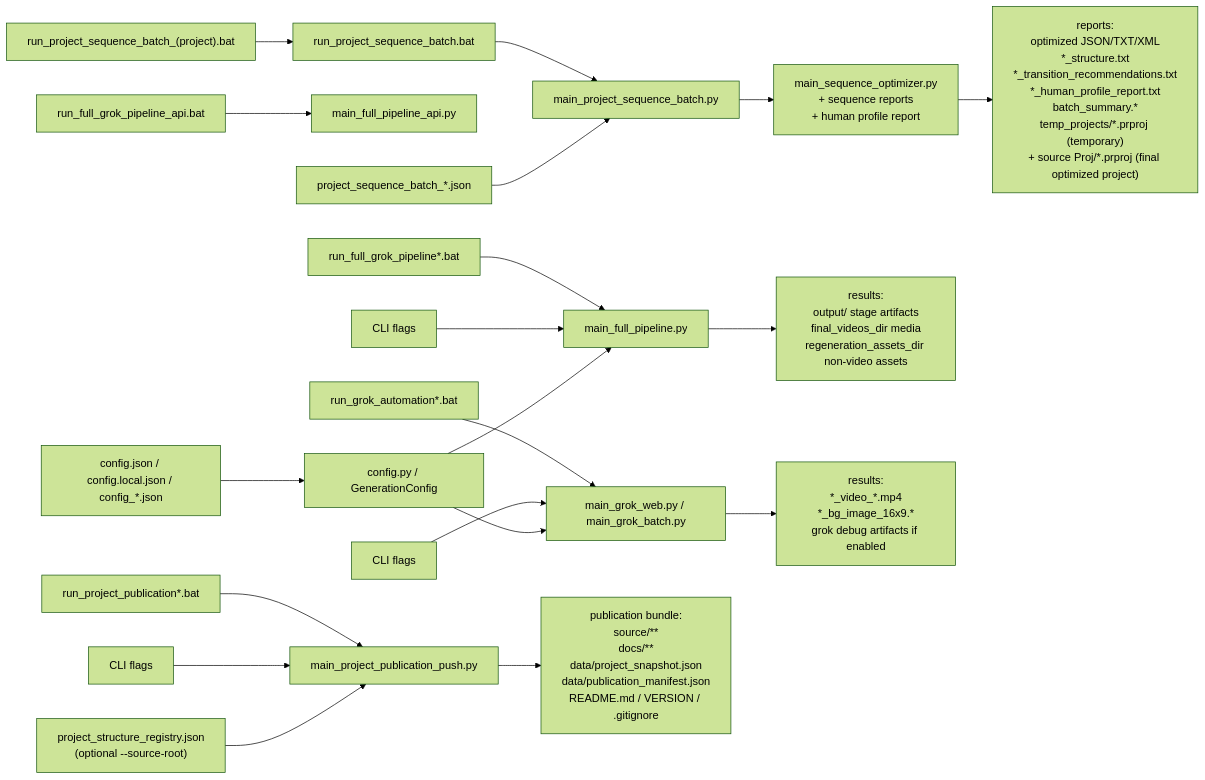
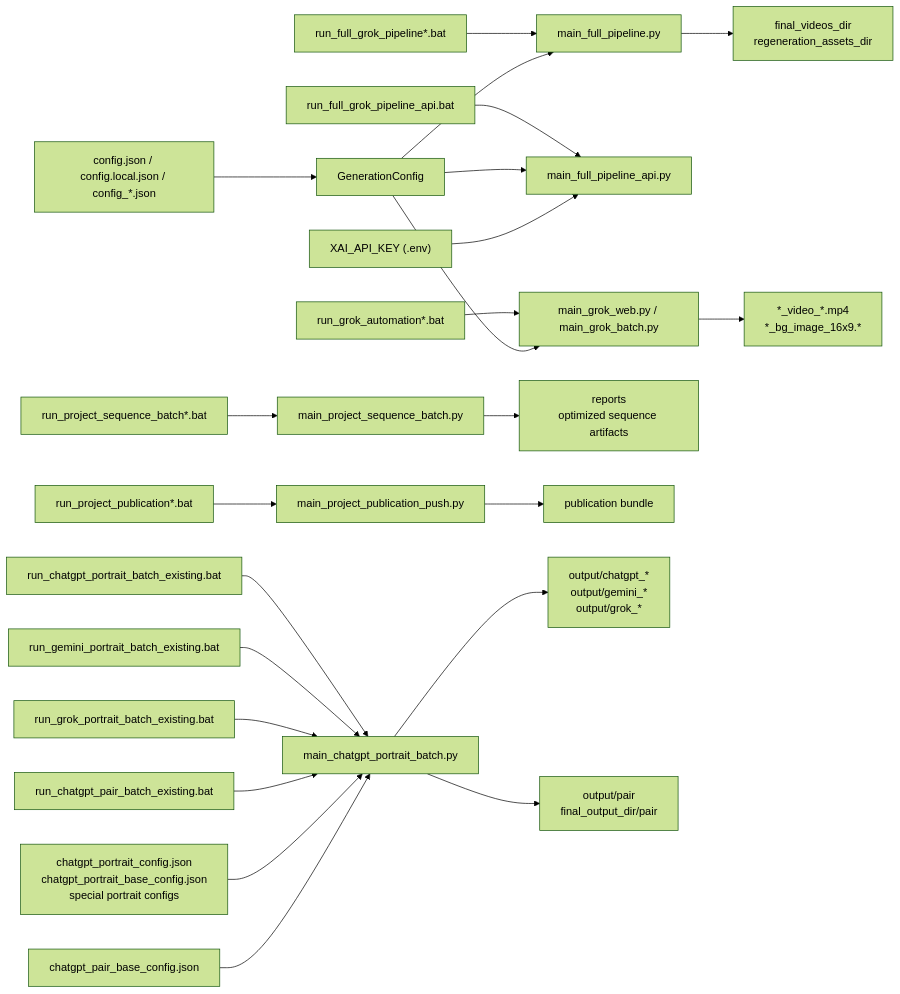
Before and after one commit to sergey-frd/Memory-to-Video_Agent: the third of 3 diagrams in docs/PROJECT_STRUCTURE.md, drawn with Mermaid (forest theme). The commit also changed other lines of this file and 330 other files, not shown here.

````diff
--- a/docs/PROJECT_STRUCTURE.md
+++ b/docs/PROJECT_STRUCTURE.md
@@ -87,26 +223,28 @@
 ```mermaid
 flowchart LR
   B1["run_full_grok_pipeline*.bat"] --> P1["main_full_pipeline.py"]
   B1A["run_full_grok_pipeline_api.bat"] --> P1A["main_full_pipeline_api.py"]
   B2["run_grok_automation*.bat"] --> P2["main_grok_web.py / main_grok_batch.py"]
-  B3A["run_project_sequence_batch_(project).bat"] --> B3["run_project_sequence_batch.bat"]
-  B3 --> P3["main_project_sequence_batch.py"]
+  B3["run_project_sequence_batch*.bat"] --> P3["main_project_sequence_batch.py"]
   B4["run_project_publication*.bat"] --> P4["main_project_publication_push.py"]
+  B5["run_chatgpt_portrait_batch_existing.bat"] --> P6["main_chatgpt_portrait_batch.py"]
+  B6["run_gemini_portrait_batch_existing.bat"] --> P6
+  B7["run_grok_portrait_batch_existing.bat"] --> P6
+  B8["run_chatgpt_pair_batch_existing.bat"] --> P6
 
-  A1["CLI flags"] --> P1
-  A2["CLI flags"] --> P2
-  C1["config.json / config.local.json / config_*.json"] --> G1["config.py / GenerationConfig"]
+  C1["config.json / config.local.json / config_*.json"] --> G1["GenerationConfig"]
   G1 --> P1
+  G1 --> P1A
   G1 --> P2
+  ENV["XAI_API_KEY (.env)"] --> P1A
 
-  C3["project_sequence_batch_*.json"] --> P3
-  P3 --> P5["main_sequence_optimizer.py\n+ sequence reports\n+ human profile report"]
+  C5["chatgpt_portrait_config.json\nchatgpt_portrait_base_config.json\nspecial portrait configs"] --> P6
+  C6["chatgpt_pair_base_config.json"] --> P6
 
-  A4["CLI flags"] --> P4
-  R1["project_structure_registry.json\n(optional --source-root)"] --> P4
-
-  P1 --> O1["results:\noutput/ stage artifacts\nfinal_videos_dir media\nregeneration_assets_dir non-video assets"]
-  P2 --> O2["results:\n*_video_*.mp4\n*_bg_image_16x9.*\ngrok debug artifacts if enabled"]
-  P5 --> O3["reports:\noptimized JSON/TXT/XML\n*_structure.txt\n*_transition_recommendations.txt\n*_human_profile_report.txt\nbatch_summary.*\ntemp_projects/*.prproj (temporary)\n+ source Proj/*.prproj (final optimized project)"]
-  P4 --> O4["publication bundle:\nsource/**\ndocs/**\ndata/project_snapshot.json\ndata/publication_manifest.json\nREADME.md / VERSION / .gitignore"]
+  P1 --> O1["final_videos_dir\nregeneration_assets_dir"]
+  P2 --> O2["*_video_*.mp4\n*_bg_image_16x9.*"]
+  P3 --> O3["reports\noptimized sequence artifacts"]
+  P4 --> O4["publication bundle"]
+  P6 --> O5["output/chatgpt_*\noutput/gemini_*\noutput/grok_*"]
+  P6 --> O6["output/pair\nfinal_output_dir/pair"]
 ```
````
